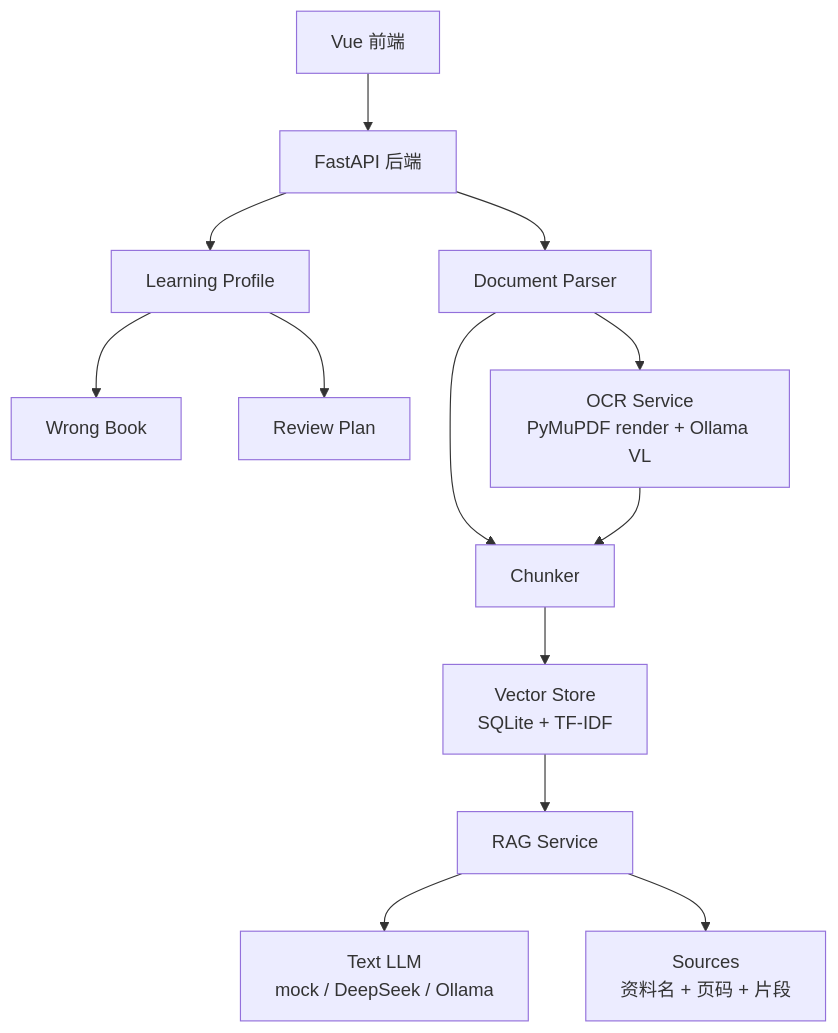
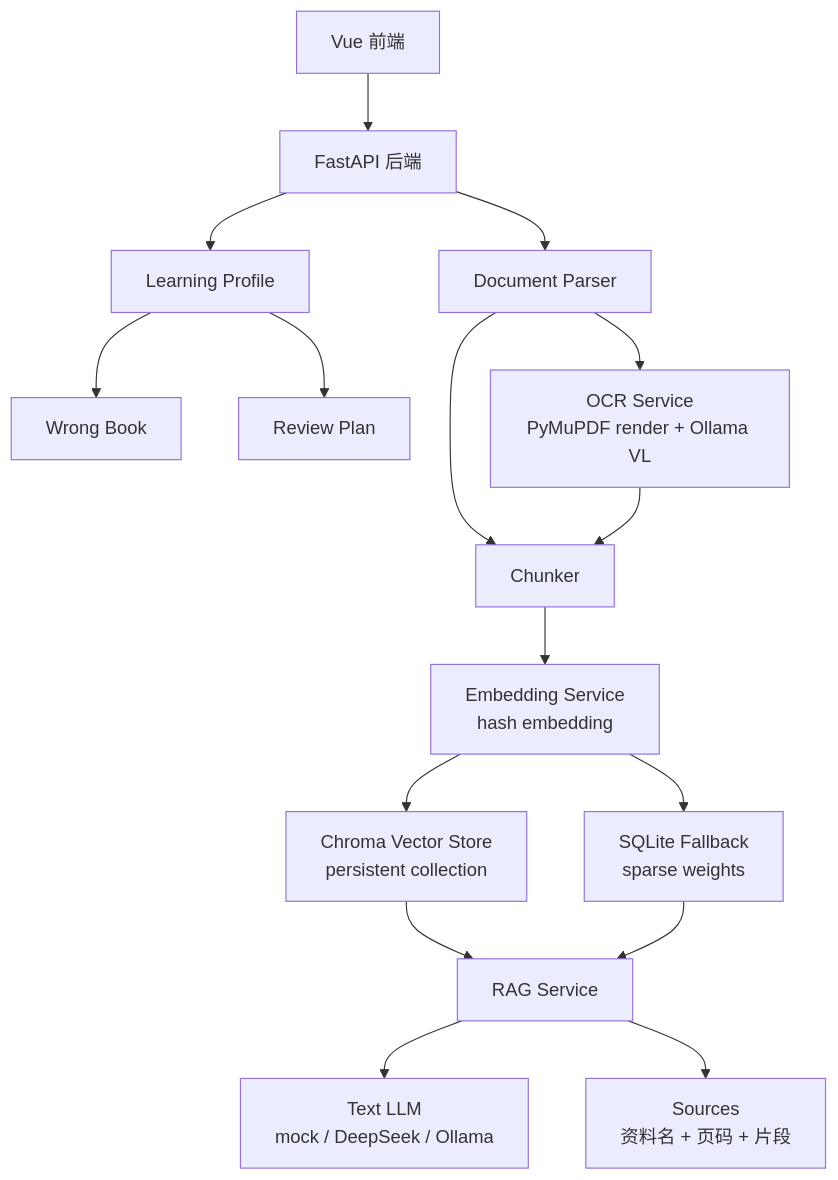
One commit to wangjojo666/studymate changed the diagram in README.md. Above: the diagram before and after it, drawn with Mermaid. The commit also changed other lines of this file and 35 other files, not shown here.

````diff
--- a/README.md
+++ b/README.md
@@ -44,15 +53,18 @@
 ```mermaid
 flowchart TD
   A["Vue 前端"] --> B["FastAPI 后端"]
   B --> C["Document Parser"]
   C --> D["Chunker"]
-  D --> E["Vector Store<br/>SQLite + TF-IDF"]
-  E --> F["RAG Service"]
+  D --> E["Embedding Service<br/>hash embedding"]
+  E --> M["Chroma Vector Store<br/>persistent collection"]
+  E --> N["SQLite Fallback<br/>sparse weights"]
+  M --> F["RAG Service"]
+  N --> F
   F --> G["Text LLM<br/>mock / DeepSeek / Ollama"]
   F --> H["Sources<br/>资料名 + 页码 + 片段"]
   B --> I["Learning Profile"]
   I --> J["Wrong Book"]
   I --> K["Review Plan"]
   C --> L["OCR Service<br/>PyMuPDF render + Ollama VL"]
   L --> D
 ```
````
